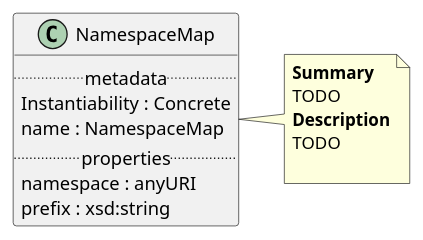
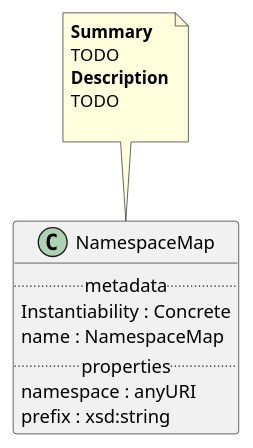
Before and after one commit to maxhbr/spec-parser.hs: the diagram in Classes/NamespaceMap.puml, drawn with PlantUML. The commit also changed 51 other files, not shown here.

```diff
--- a/Classes/NamespaceMap.puml
+++ b/Classes/NamespaceMap.puml
@@ -1,17 +1,17 @@
 @startuml
 class NamespaceMap {
 .. metadata ..
     Instantiability : Concrete
     name : NamespaceMap
 .. properties ..
     namespace : anyURI
     prefix : xsd:string
 }
-note right of NamespaceMap
+note top of NamespaceMap
 <b>Summary</b>
 TODO
 <b>Description</b>
 TODO
 
 end note
 @enduml
```
